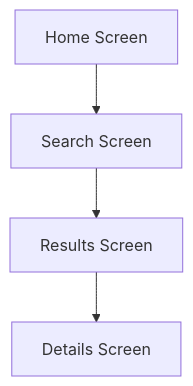
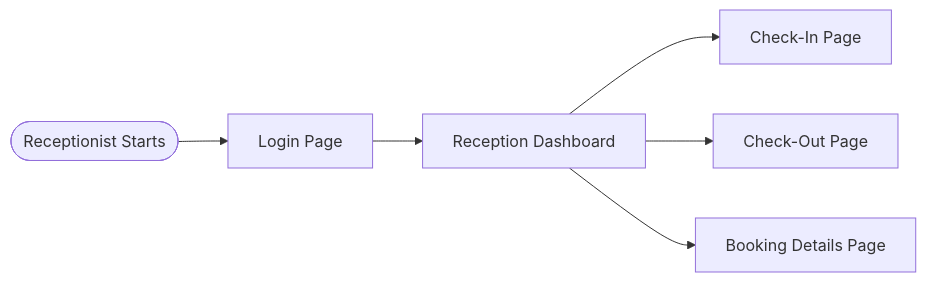
The eighth of 9 diagrams in docs/requirements/02-user-requirements.md (thaideptrai218/swdv2), drawn with Mermaid before and after one commit. The commit also changed other lines of this file, not shown here.

````diff
--- a/docs/requirements/02-user-requirements.md
+++ b/docs/requirements/02-user-requirements.md
@@ -218,7 +607,15 @@
 ```mermaid
-graph TB
-    %% TODO: Generate with generate-mermaid-usecase-diagram.py --type screen --actor Guest
-    S1[Home Screen] --> S2[Search Screen]
-    S2 --> S3[Results Screen]
-    S3 --> S4[Details Screen]
+graph LR
+    Start([Receptionist Starts])
+    Login[Login Page]
+    Dashboard[Reception Dashboard]
+    CheckIn[Check-In Page]
+    CheckOut[Check-Out Page]
+    BookingView[Booking Details Page]
+
+    Start --> Login
+    Login --> Dashboard
+    Dashboard --> CheckIn
+    Dashboard --> CheckOut
+    Dashboard --> BookingView
 ```
````
